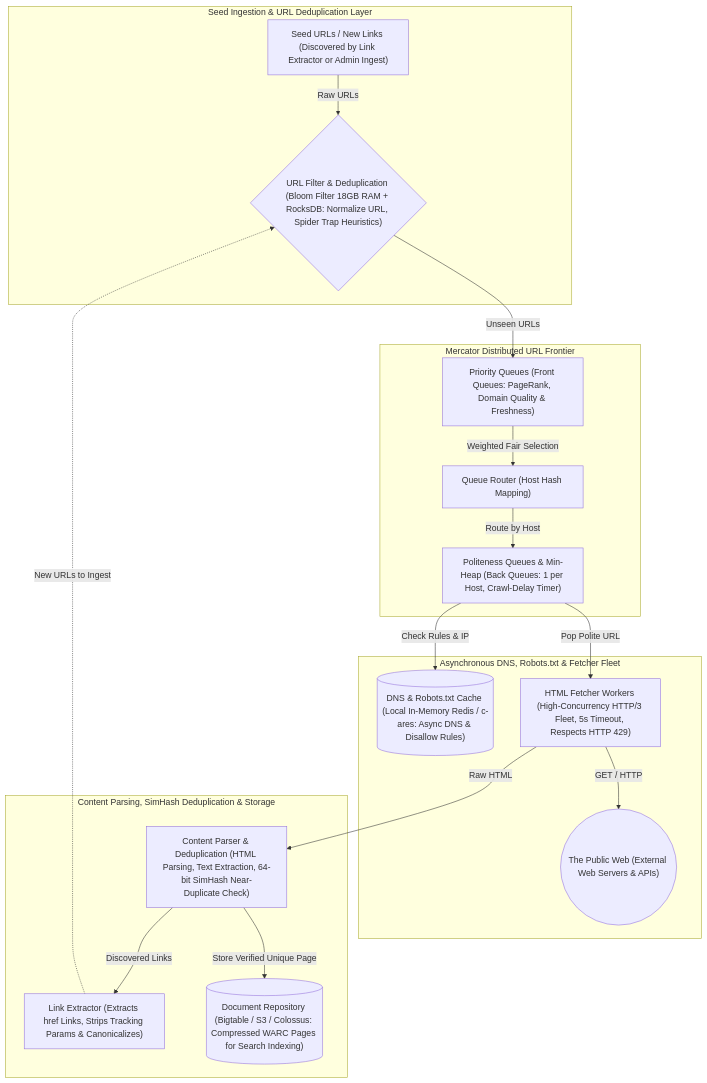
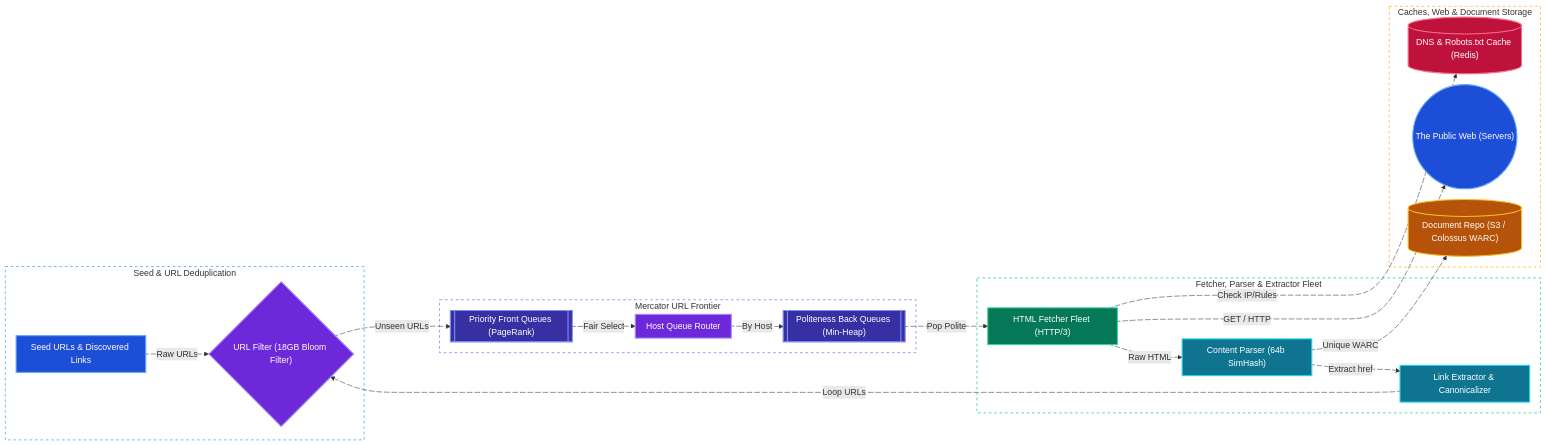
Before and after one commit to tarunbatta/tech-interview-prep: the fourth of 4 diagrams in system-design/webcrawler.md, drawn with Mermaid. The commit also changed other lines of this file and 30 other files, not shown here.

First line of the commit message:
docs(system-design): convert Mermaid flowcharts to LR with colors and animated edges

````diff
--- a/system-design/webcrawler.md
+++ b/system-design/webcrawler.md
@@ -184,33 +257,67 @@
 ```mermaid
-flowchart TD
-    subgraph Ingestion_And_URL_Deduplication["Seed Ingestion & URL Deduplication Layer"]
-        SeedUrls["Seed URLs / New Links (Discovered by Link Extractor or Admin Ingest)"]
-        UrlFilter{"URL Filter & Deduplication (Bloom Filter 18GB RAM + RocksDB: Normalize URL, Spider Trap Heuristics)"}
+%%{init: {'flowchart': {'nodeSpacing': 20, 'rankSpacing': 40, 'padding': 10}}}%%
+flowchart LR
+    subgraph SeedAndDedupe["Seed & URL Deduplication"]
+        SeedUrls["Seed URLs & Discovered Links"]
+        UrlFilter{"URL Filter (18GB Bloom Filter)"}
     end
-    subgraph Mercator_URL_Frontier["Mercator Distributed URL Frontier"]
-        PriorityQueues["Priority Queues (Front Queues: PageRank, Domain Quality & Freshness)"]
-        QueueRouter["Queue Router (Host Hash Mapping)"]
-        PolitenessQueues["Politeness Queues & Min-Heap (Back Queues: 1 per Host, Crawl-Delay Timer)"]
+    subgraph MercatorFrontier["Mercator URL Frontier"]
+        PriorityQueues[["Priority Front Queues (PageRank)"]]
+        QueueRouter["Host Queue Router"]
+        PolitenessQueues[["Politeness Back Queues (Min-Heap)"]]
     end
-    subgraph Fetcher_And_DNS_Fleet["Asynchronous DNS, Robots.txt & Fetcher Fleet"]
-        DnsRobots[("DNS & Robots.txt Cache (Local In-Memory Redis / c-ares: Async DNS & Disallow Rules)")]
-        Fetcher["HTML Fetcher Workers (High-Concurrency HTTP/3 Fleet, 5s Timeout, Respects HTTP 429)"]
-        Internet(("The Public Web (External Web Servers & APIs)"))
+    subgraph CoreServices["Fetcher, Parser & Extractor Fleet"]
+        Fetcher["HTML Fetcher Fleet (HTTP/3)"]
+        Parser["Content Parser (64b SimHash)"]
+        LinkExtractor["Link Extractor & Canonicalizer"]
     end
-    subgraph Parsing_And_Storage["Content Parsing, SimHash Deduplication & Storage"]
-        Parser["Content Parser & Deduplication (HTML Parsing, Text Extraction, 64-bit SimHash Near-Duplicate Check)"]
-        LinkExtractor["Link Extractor (Extracts href Links, Strips Tracking Params & Canonicalizes)"]
-        DocRepo[("Document Repository (Bigtable / S3 / Colossus: Compressed WARC Pages for Search Indexing)")]
+    subgraph DataAndEventTier["Caches, Web & Document Storage"]
+        DnsRobots[("DNS & Robots.txt Cache (Redis)")]
+        Internet(("The Public Web (Servers)"))
+        DocRepo[("Document Repo (S3 / Colossus WARC)")]
     end
-    SeedUrls -->|"Raw URLs"| UrlFilter
-    UrlFilter -->|"Unseen URLs"| PriorityQueues
-    PriorityQueues -->|"Weighted Fair Selection"| QueueRouter
-    QueueRouter -->|"Route by Host"| PolitenessQueues
-    PolitenessQueues -->|"Check Rules & IP"| DnsRobots
-    PolitenessQueues -->|"Pop Polite URL"| Fetcher
-    Fetcher -->|"GET / HTTP"| Internet
-    Fetcher -->|"Raw HTML"| Parser
-    Parser -->|"Discovered Links"| LinkExtractor
-    LinkExtractor -.->|"New URLs to Ingest"| UrlFilter
-    Parser -->|"Store Verified Unique Page"| DocRepo
+    SeedUrls e1@-->|"Raw URLs"| UrlFilter
+    UrlFilter e2@-->|"Unseen URLs"| PriorityQueues
+    PriorityQueues e3@-->|"Fair Select"| QueueRouter
+    QueueRouter e4@-->|"By Host"| PolitenessQueues
+    PolitenessQueues e5@-->|"Pop Polite"| Fetcher
+    Fetcher e6@-->|"Check IP/Rules"| DnsRobots
+    Fetcher e7@-->|"GET / HTTP"| Internet
+    Fetcher e8@-->|"Raw HTML"| Parser
+    Parser e9@-->|"Extract href"| LinkExtractor
+    LinkExtractor e10@-.->|"Loop URLs"| UrlFilter
+    Parser e11@-->|"Unique WARC"| DocRepo
+
+    e1@{ animate: true }
+    e2@{ animate: true }
+    e3@{ animate: true }
+    e4@{ animate: true }
+    e5@{ animate: true }
+    e6@{ animate: true }
+    e7@{ animate: true }
+    e8@{ animate: true }
+    e9@{ animate: true }
+    e10@{ animate: true }
+    e11@{ animate: true }
+
+    classDef client fill:#1d4ed8,stroke:#60a5fa,stroke-width:2px,color:#ffffff
+    classDef edge fill:#6d28d9,stroke:#a78bfa,stroke-width:2px,color:#ffffff
+    classDef service fill:#047857,stroke:#34d399,stroke-width:2px,color:#ffffff
+    classDef worker fill:#0e7490,stroke:#22d3ee,stroke-width:2px,color:#ffffff
+    classDef cache fill:#be123c,stroke:#fb7185,stroke-width:2px,color:#ffffff
+    classDef storage fill:#b45309,stroke:#fbbf24,stroke-width:2px,color:#ffffff
+    classDef queue fill:#3730a3,stroke:#818cf8,stroke-width:2px,color:#ffffff
+
+    class SeedUrls,Internet client
+    class UrlFilter,QueueRouter edge
+    class PriorityQueues,PolitenessQueues queue
+    class Fetcher service
+    class Parser,LinkExtractor worker
+    class DnsRobots cache
+    class DocRepo storage
+
+    style SeedAndDedupe fill:transparent,stroke:#60a5fa,stroke-width:1.5px,stroke-dasharray: 5 5
+    style MercatorFrontier fill:transparent,stroke:#818cf8,stroke-width:1.5px,stroke-dasharray: 5 5
+    style CoreServices fill:transparent,stroke:#34d399,stroke-width:1.5px,stroke-dasharray: 5 5
+    style DataAndEventTier fill:transparent,stroke:#fbbf24,stroke-width:1.5px,stroke-dasharray: 5 5
 ```
````
